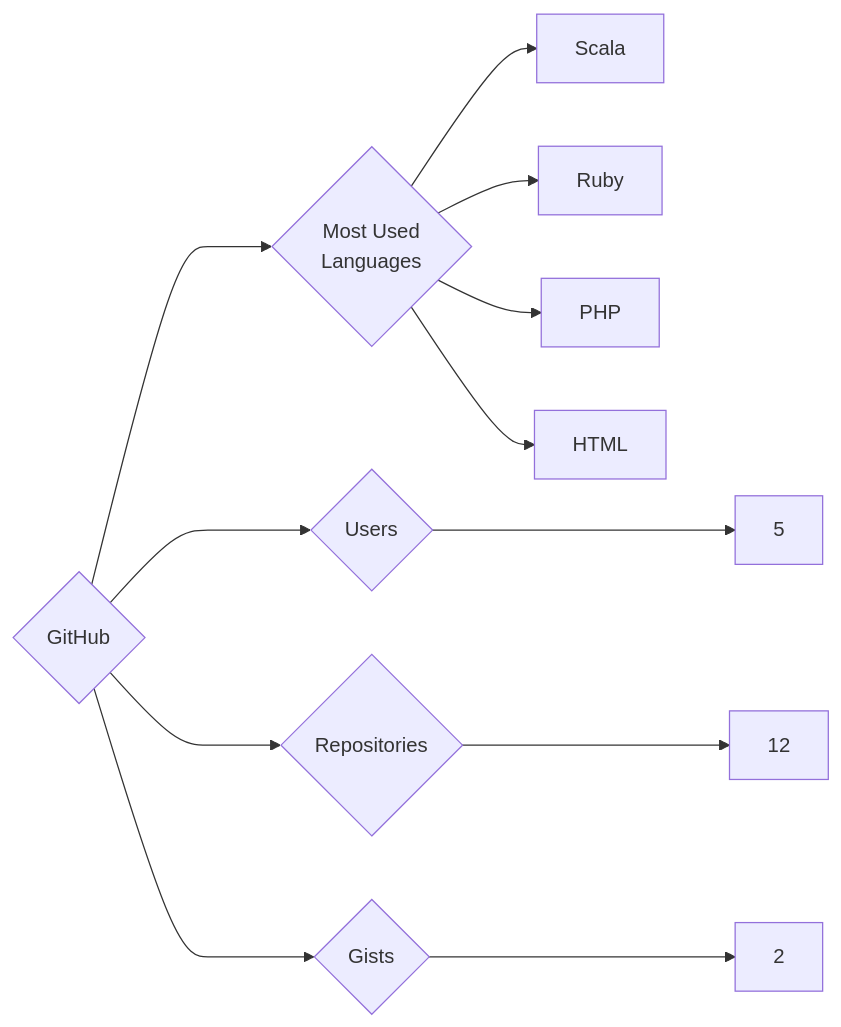
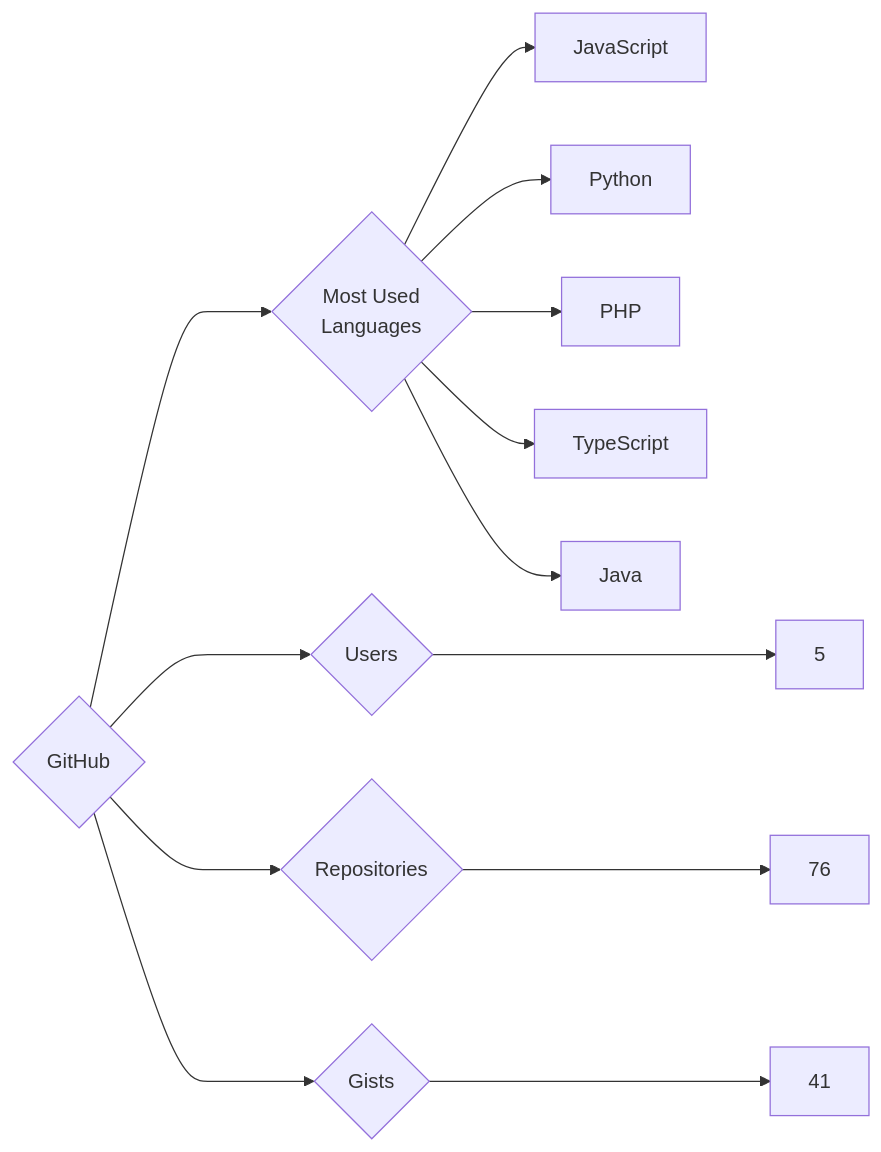
The diagram in targets/GitHub/README.md (trickest/insiders), drawn with Mermaid before and after one commit. The commit also changed 618 other files, not shown here.

````diff
--- a/targets/GitHub/README.md
+++ b/targets/GitHub/README.md
@@ -3,12 +3,13 @@
 ```mermaid
 graph LR
 COMPANY_NAME{GitHub}
 COMPANY_NAME ---> U{Users} ---> UN[5]
-COMPANY_NAME ---> R{Repositories} ---> RN[12]
-COMPANY_NAME ---> G{Gists} ---> GN[2]
+COMPANY_NAME ---> R{Repositories} ---> RN[76]
+COMPANY_NAME ---> G{Gists} ---> GN[41]
 COMPANY_NAME ---> ML{Most Used<br>Languages}
-ML --> Scala[Scala]
-ML --> Ruby[Ruby]
+ML --> JavaScript[JavaScript]
+ML --> Python[Python]
 ML --> PHP[PHP]
-ML --> HTML[HTML]
+ML --> TypeScript[TypeScript]
+ML --> Java[Java]
 ```
````
